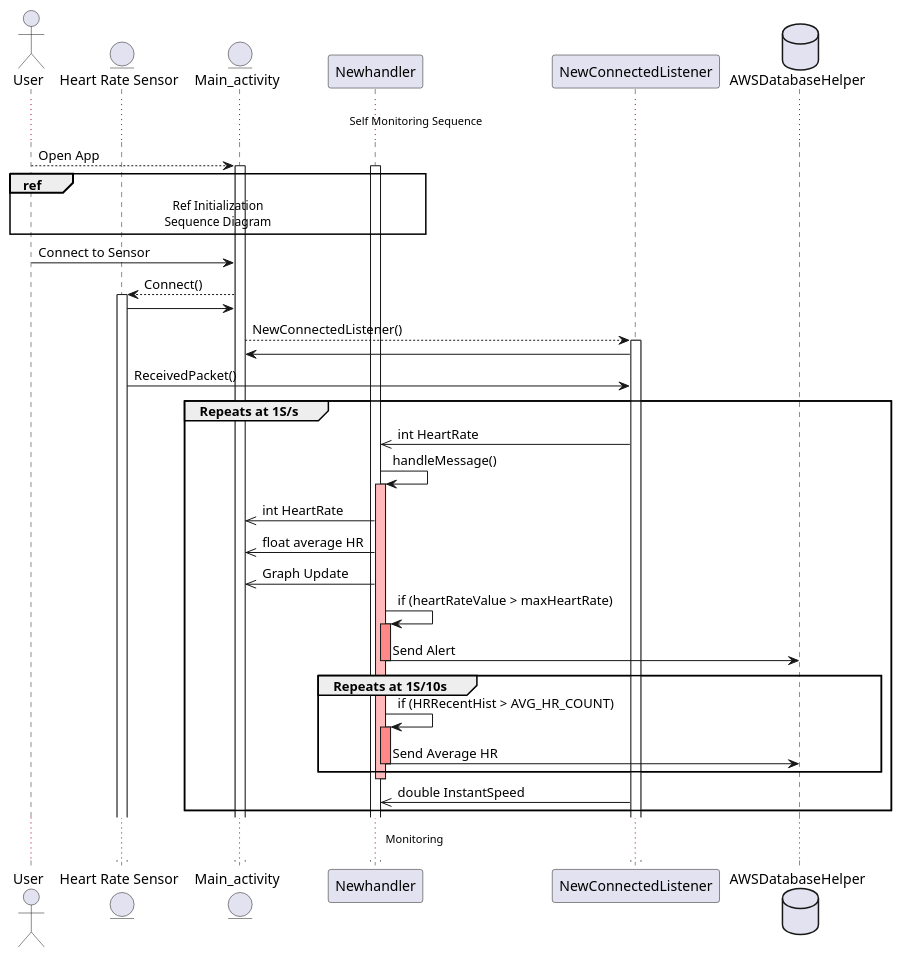
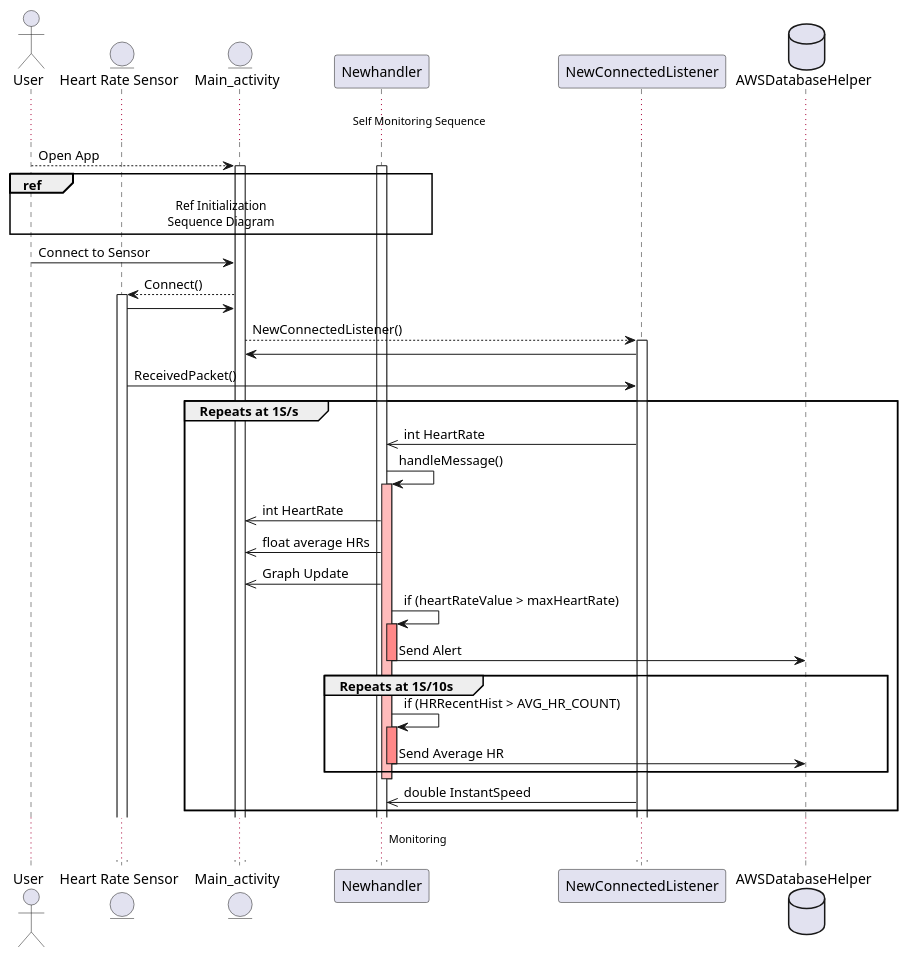
One commit to kgehmlich/coen390-team-d changed the diagram in docs/SequenceDiagramSelfMonitoring.puml. Above: the diagram before and after it, drawn with PlantUML. The commit also changed 1 other file, not shown here.

```diff
--- a/docs/SequenceDiagramSelfMonitoring.puml
+++ b/docs/SequenceDiagramSelfMonitoring.puml
@@ -1,50 +1,50 @@
 @startuml
 actor User
 entity "Heart Rate Sensor"
 entity Main_activity
 participant Newhandler
 participant NewConnectedListener
 database AWSDatabaseHelper
 
 ... Self Monitoring Sequence ...
 
 User --> Main_activity : Open App
 ref over User,Main_activity,Newhandler
 Ref Initialization
 Sequence Diagram
 end ref
 
 activate Main_activity
 activate Newhandler
 User -> Main_activity : Connect to Sensor
 Main_activity --> "Heart Rate Sensor" : Connect()
 activate "Heart Rate Sensor"
 "Heart Rate Sensor" -> Main_activity
 Main_activity --> NewConnectedListener: NewConnectedListener()
 activate NewConnectedListener
 NewConnectedListener -> Main_activity
 "Heart Rate Sensor" -> NewConnectedListener: ReceivedPacket()
 
 group Repeats at 1S/s
 NewConnectedListener->> Newhandler : int HeartRate
 Newhandler -> Newhandler: handleMessage()
 activate Newhandler #FFBBBB
 Newhandler ->> Main_activity : int HeartRate
-Newhandler ->> Main_activity : float average HR
+Newhandler ->> Main_activity : float average HRs
 Newhandler ->> Main_activity : Graph Update
 Newhandler -> Newhandler:  if (heartRateValue > maxHeartRate)
 activate Newhandler #FF8888
 Newhandler -> AWSDatabaseHelper: Send Alert
 deactivate Newhandler
 
 group Repeats at 1S/10s
 Newhandler -> Newhandler:  if (HRRecentHist > AVG_HR_COUNT)
 activate Newhandler #FF8888
 Newhandler -> AWSDatabaseHelper: Send Average HR
 deactivate Newhandler
 end
 deactivate Newhandler
 NewConnectedListener->> Newhandler : double InstantSpeed
 end
 ... Monitoring  ...
 @enduml
```
